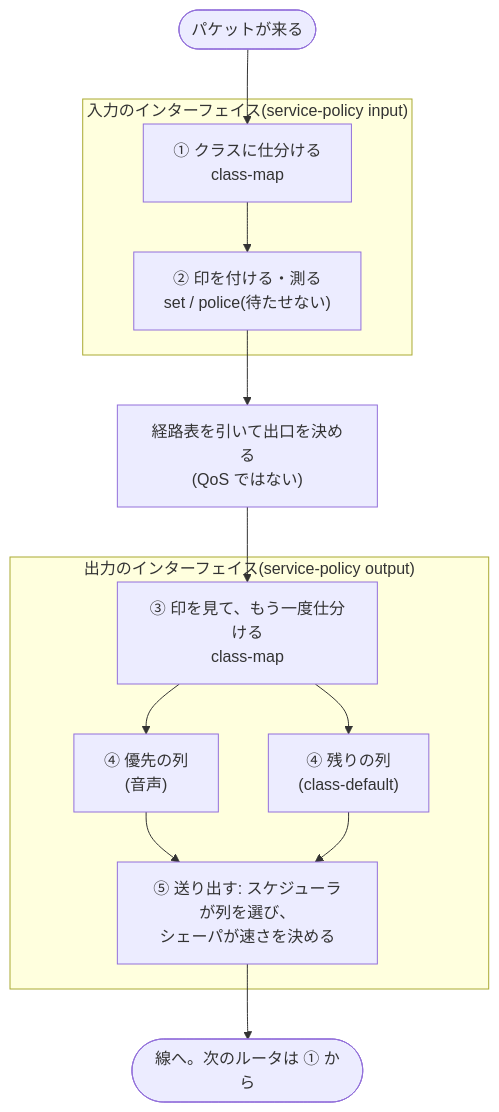
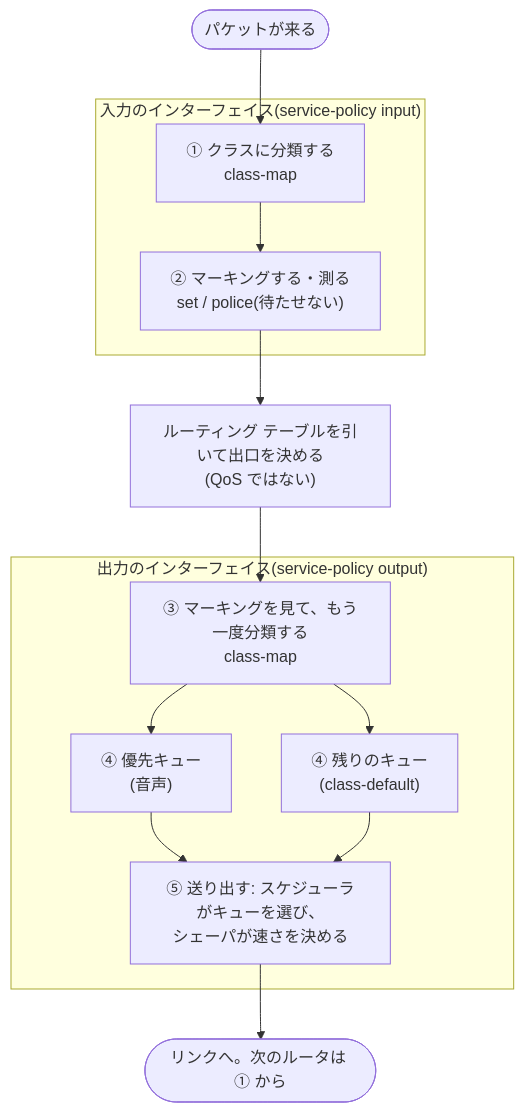
Before and after one commit to suzugross/CCNP_LAB_FACTORY: the diagram in courses/xr/ja/d00-m12-qos-flow.md, drawn with Mermaid. The commit also changed other lines of this file and 302 other files, not shown here.

````diff
--- a/courses/xr/ja/d00-m12-qos-flow.md
+++ b/courses/xr/ja/d00-m12-qos-flow.md
@@ -86,16 +86,16 @@
 ```mermaid
 flowchart TD
   A([パケットが来る]) --> S1
   subgraph SIN["入力のインターフェイス(service-policy input)"]
-    S1["① クラスに仕分ける<br/>class-map"] --> S2["② 印を付ける・測る<br/>set / police(待たせない)"]
+    S1["① クラスに分類する<br/>class-map"] --> S2["② マーキングする・測る<br/>set / police(待たせない)"]
   end
-  S2 --> R["経路表を引いて出口を決める<br/>(QoS ではない)"]
+  S2 --> R["ルーティング テーブルを引いて出口を決める<br/>(QoS ではない)"]
   R --> S3
   subgraph SOUT["出力のインターフェイス(service-policy output)"]
-    S3["③ 印を見て、もう一度仕分ける<br/>class-map"] --> Q1["④ 優先の列<br/>(音声)"]
-    S3 --> Q2["④ 残りの列<br/>(class-default)"]
-    Q1 --> S5["⑤ 送り出す: スケジューラが列を選び、<br/>シェーパが速さを決める"]
+    S3["③ マーキングを見て、もう一度分類する<br/>class-map"] --> Q1["④ 優先キュー<br/>(音声)"]
+    S3 --> Q2["④ 残りのキュー<br/>(class-default)"]
+    Q1 --> S5["⑤ 送り出す: スケジューラがキューを選び、<br/>シェーパが速さを決める"]
     Q2 --> S5
   end
-  S5 --> W([線へ。次のルータは ① から])
+  S5 --> W([リンクへ。次のルータは ① から])
 ```
````
